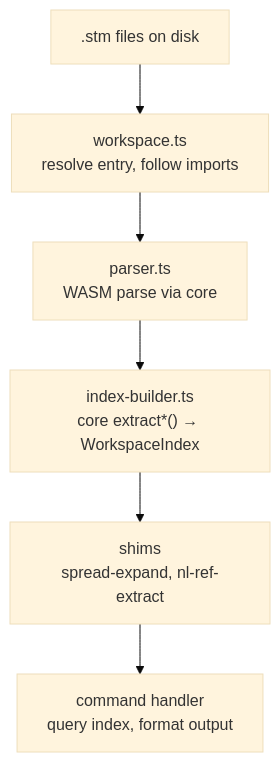
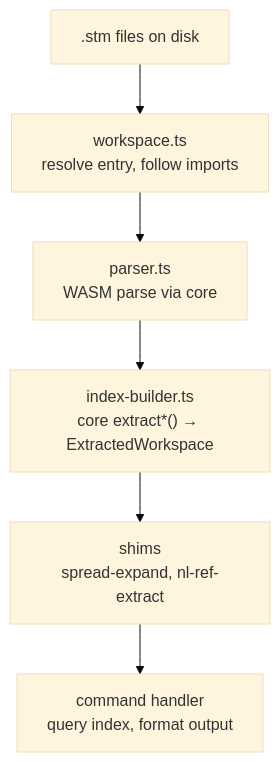
One commit to thorbenlouw/satsuma-lang changed the second of 4 diagrams in satsuma-lang-contributor-guide.md. Above: the diagram before and after it, drawn with Mermaid (base theme). The commit also changed other lines of this file and 1 other file, not shown here.

````diff
--- a/satsuma-lang-contributor-guide.md
+++ b/satsuma-lang-contributor-guide.md
@@ -70,11 +70,11 @@
 ```mermaid
 flowchart TD
     files[".stm files on disk"]
     ws["workspace.ts<br/>resolve entry, follow imports"]
     parser["parser.ts<br/>WASM parse via core"]
-    idx["index-builder.ts<br/>core extract*() → WorkspaceIndex"]
+    idx["index-builder.ts<br/>core extract*() → ExtractedWorkspace"]
     shims["shims<br/>spread-expand, nl-ref-extract"]
     cmd["command handler<br/>query index, format output"]
 
     files --> ws --> parser --> idx --> shims --> cmd
 ```
````
